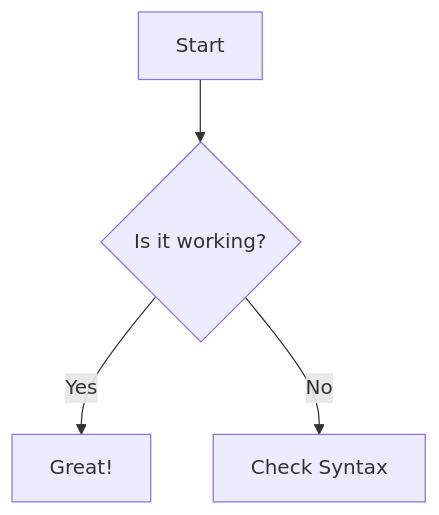
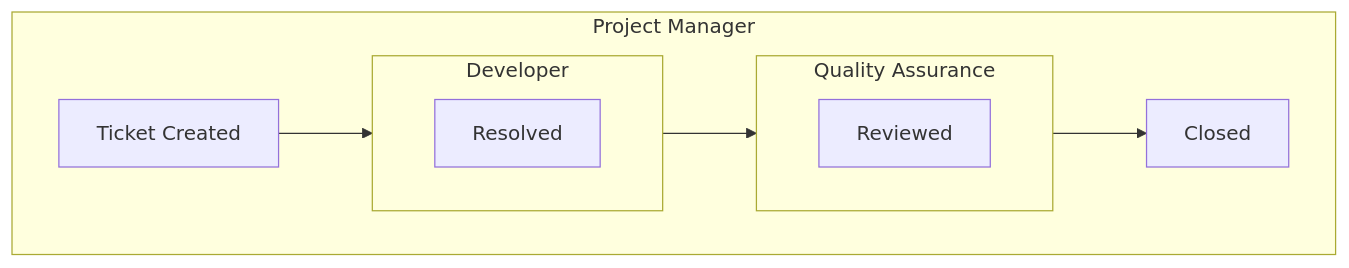
One commit to JamIsKrZy/OOP2-Capstone changed the diagram in README.md. Above: the diagram before and after it, drawn with Mermaid. The commit also changed other lines of this file, not shown here.

Commit message:
readme details

````diff
--- a/README.md
+++ b/README.md
@@ -22,6 +47,20 @@
 ```mermaid
-graph TD;
-    A[Start] --> B{Is it working?};
-    B -- Yes --> C[Great!];
-    B -- No --> D[Check Syntax];
+graph TD
+    subgraph PM [Project Manager]
+        direction LR
+        A[Ticket Created] --> B
+    
+        subgraph Dev [Developer]
+            direction LR
+            B[Resolved]
+        end
+
+        subgraph QA [Quality Assurance]
+            direction LR
+            C[Reviewed]
+        end
+        
+        B --> C
+        C --> D[Closed]
+    end
 ```
````
